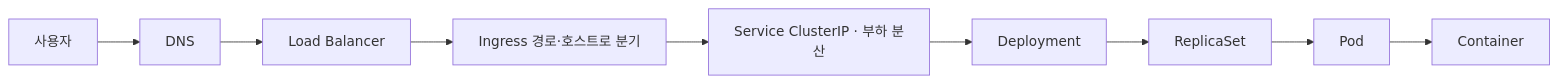
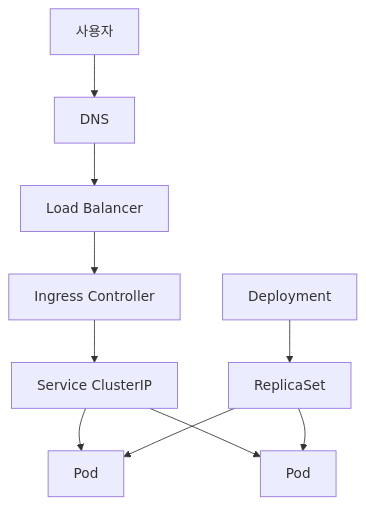
The second of 2 diagrams in _posts/2026-09-07-skala.md (GwangWon91/learn), drawn with Mermaid before and after one commit. The commit also changed other lines of this file, not shown here.

````diff
--- a/_posts/2026-09-07-skala.md
+++ b/_posts/2026-09-07-skala.md
@@ -135,7 +132,12 @@
 ```mermaid
-flowchart LR
-  U[사용자] --> D[DNS] --> L[Load Balancer]
-  L --> I[Ingress 경로·호스트로 분기]
-  I --> S[Service ClusterIP · 부하 분산]
-  S --> DP[Deployment] --> RS[ReplicaSet] --> P[Pod] --> C[Container]
+flowchart TB
+  U[사용자] --> DNS[DNS] --> LB[Load Balancer]
+  LB --> IC[Ingress Controller]
+  IC --> S[Service ClusterIP]
+  S --> P1[Pod]
+  S --> P2[Pod]
+
+  D[Deployment] --> RS[ReplicaSet]
+  RS --> P1
+  RS --> P2
 ```
````
